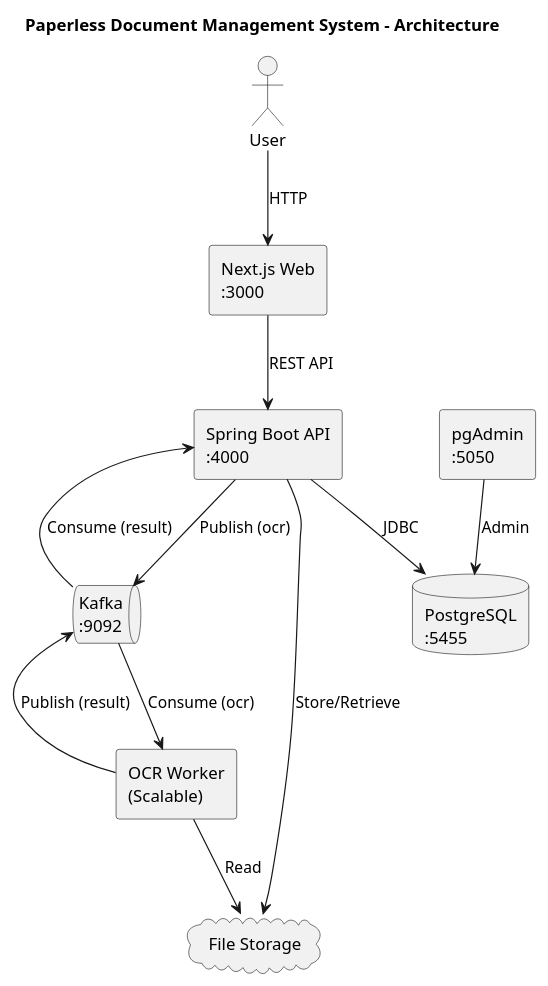
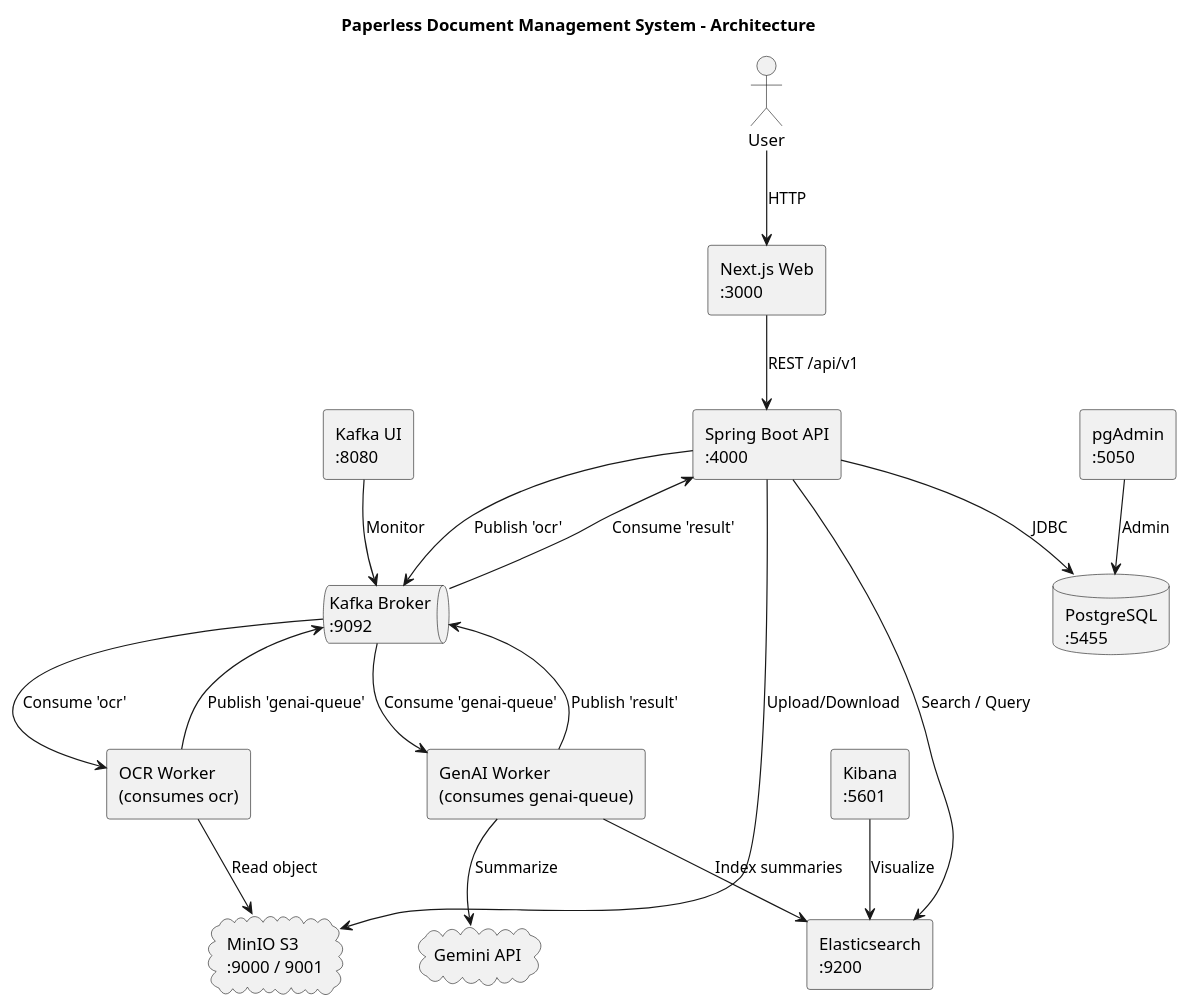
Before and after one commit to fabio-anzola/swen3-paperless: the diagram in artifacts/architecture.puml, drawn with PlantUML. The commit also changed 1 other file, not shown here.

Commit message:
Update architecture diagram for new components and flows
Expanded the system architecture to include GenAI Worker, Gemini API, MinIO S3, Elasticsearch, Kibana, and Kafka UI. Updated component names, ports, and message flows to reflect the new processing pipeline and monitoring tools. The SVG diagram was regenerated to match the updated PlantUML source.

```diff
--- a/artifacts/architecture.puml
+++ b/artifacts/architecture.puml
@@ -1,42 +1,44 @@
 @startuml Paperless Microservice Architecture
 
 title Paperless Document Management System - Architecture
 
 skinparam componentStyle rectangle
 
 actor "User" as user
 
-' Frontend
 component "Next.js Web\n:3000" as web
+component "Spring Boot API\n:4000" as api
 
-' Backend
-component "Spring Boot API\n:4000" as app
+queue "Kafka Broker\n:9092" as kafka
+component "Kafka UI\n:8080" as kafkaUI
 
-' Message Broker
-queue "Kafka\n:9092" as kafka
+component "OCR Worker\n(consumes ocr)" as ocr
+component "GenAI Worker\n(consumes genai-queue)" as genai
+cloud "Gemini API" as gemini
 
-' Worker
-component "OCR Worker\n(Scalable)" as worker
-
-' Database
+cloud "MinIO S3\n:9000 / 9001" as minio
 database "PostgreSQL\n:5455" as db
-
-' Admin Tool
 component "pgAdmin\n:5050" as pgadmin
 
-' Cloud Storage
-cloud "File Storage" as storage
+component "Elasticsearch\n:9200" as es
+component "Kibana\n:5601" as kibana
 
-' Interactions
 user --> web : HTTP
-web --> app : REST API
-app --> db : JDBC
-app --> kafka : Publish (ocr)
-kafka --> app : Consume (result)
-app --> storage : Store/Retrieve
-kafka --> worker : Consume (ocr)
-worker --> kafka : Publish (result)
-worker --> storage : Read
+web --> api : REST /api/v1
+api --> minio : Upload/Download
+api --> db : JDBC
+api --> kafka : Publish 'ocr'
+kafka --> ocr : Consume 'ocr'
+ocr --> minio : Read object
+ocr --> kafka : Publish 'genai-queue'
+kafka --> genai : Consume 'genai-queue'
+genai --> gemini : Summarize
+genai --> es : Index summaries
+genai --> kafka : Publish 'result'
+kafka --> api : Consume 'result'
+api --> es : Search / Query
 pgadmin --> db : Admin
+kafkaUI --> kafka : Monitor
+kibana --> es : Visualize
 
 @enduml
```
